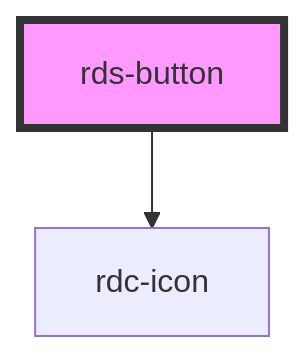
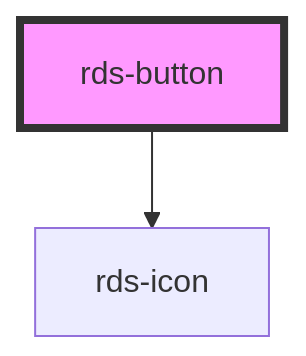
One commit to codeavl/rangoli-ui changed the diagram in src/components/button/readme.md. Above: the diagram before and after it, drawn with Mermaid. The commit also changed other lines of this file and 20 other files, not shown here.

````diff
--- a/src/components/button/readme.md
+++ b/src/components/button/readme.md
@@ -42,5 +42,5 @@
 ```mermaid
 graph TD;
-  rds-button --> rdc-icon
+  rds-button --> rds-icon
   style rds-button fill:#f9f,stroke:#333,stroke-width:4px
 ```
````
